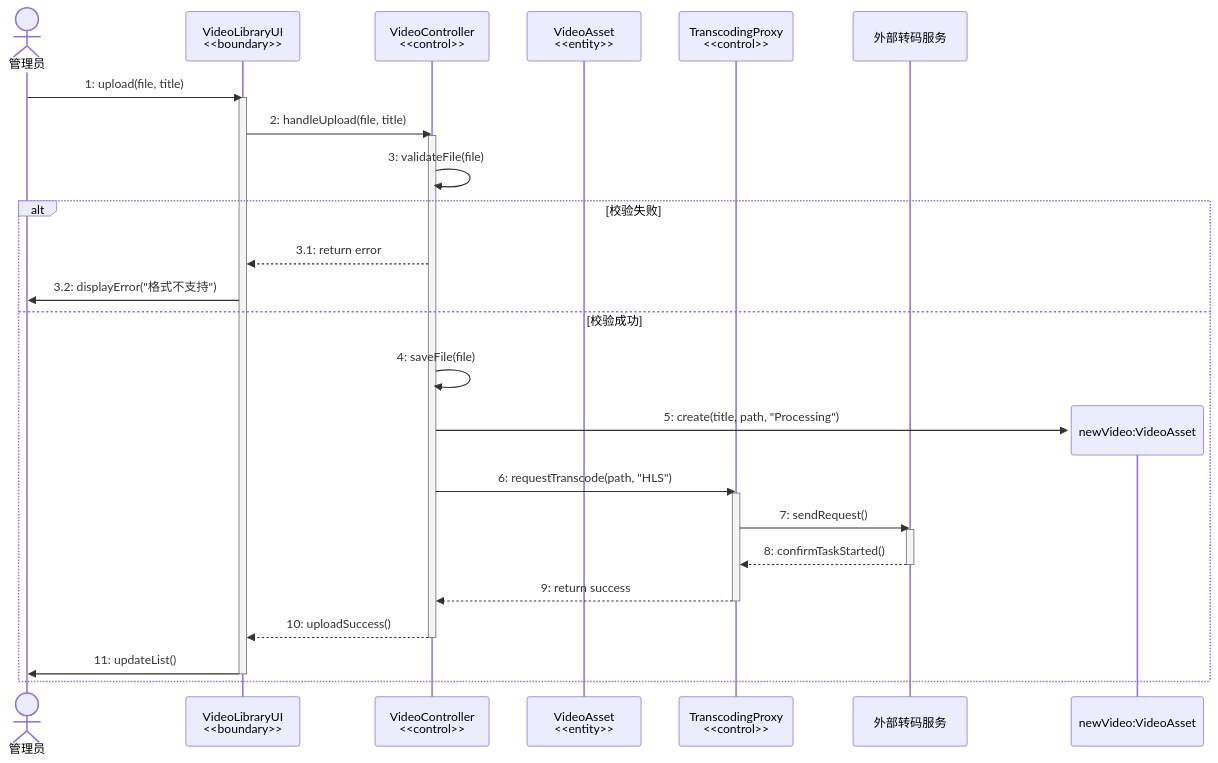
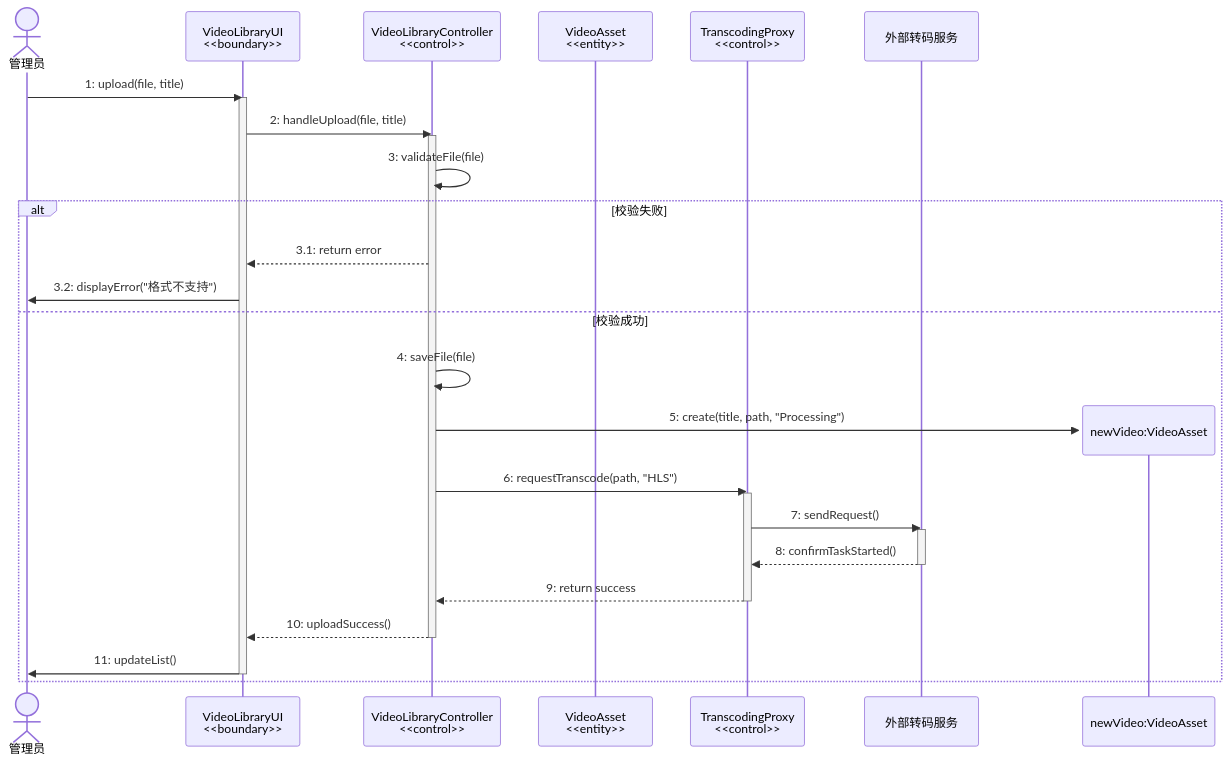
The third of 7 diagrams in docLiu/管理视频库.md (Danny8yo/online-private-movie-house), drawn with Mermaid before and after one commit. The commit also changed other lines of this file and 32 other files, not shown here.

````diff
--- a/docLiu/管理视频库.md
+++ b/docLiu/管理视频库.md
@@ -101,40 +101,40 @@
 ```mermaid
 sequenceDiagram
     actor Admin as 管理员
     participant UI as VideoLibraryUI<br/><<boundary>>
-    participant Controller as VideoController<br/><<control>>
+    participant Controller as VideoLibraryController<br/><<control>>
     participant Asset as VideoAsset<br/><<entity>>
     participant Proxy as TranscodingProxy<br/><<control>>
     participant Ext as 外部转码服务
     
     Admin->>UI: 1: upload(file, title)
     activate UI
     UI->>Controller: 2: handleUpload(file, title)
     activate Controller
     
     Controller->>Controller: 3: validateFile(file)
     
     alt 校验失败
         Controller-->>UI: 3.1: return error
         UI->>Admin: 3.2: displayError("格式不支持")
     else 校验成功
         Controller->>Controller: 4: saveFile(file)
         
         create participant NewAsset as newVideo:VideoAsset
         Controller->>NewAsset: 5: create(title, path, "Processing")
         
         Controller->>Proxy: 6: requestTranscode(path, "HLS")
         activate Proxy
         Proxy->>Ext: 7: sendRequest()
         activate Ext
         Ext-->>Proxy: 8: confirmTaskStarted()
         deactivate Ext
         Proxy-->>Controller: 9: return success
         deactivate Proxy
         
         Controller-->>UI: 10: uploadSuccess()
         deactivate Controller
         UI->>Admin: 11: updateList()
         deactivate UI
     end
 ```
````
